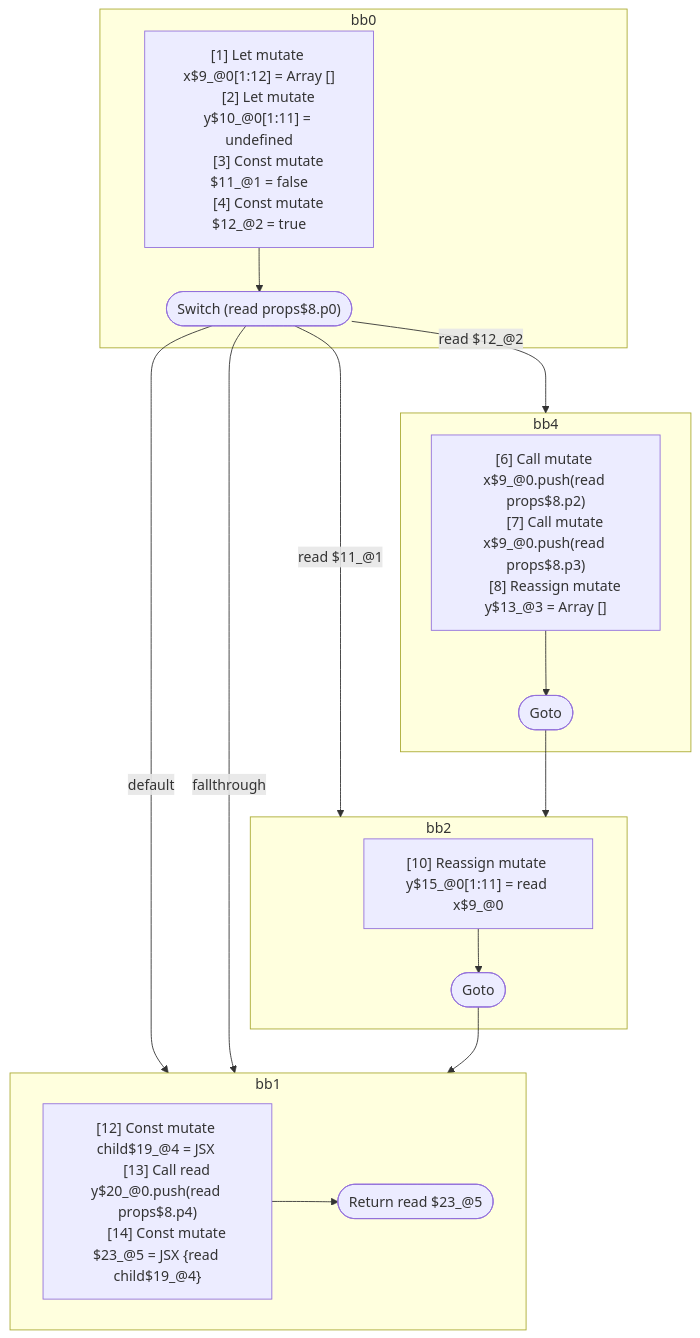
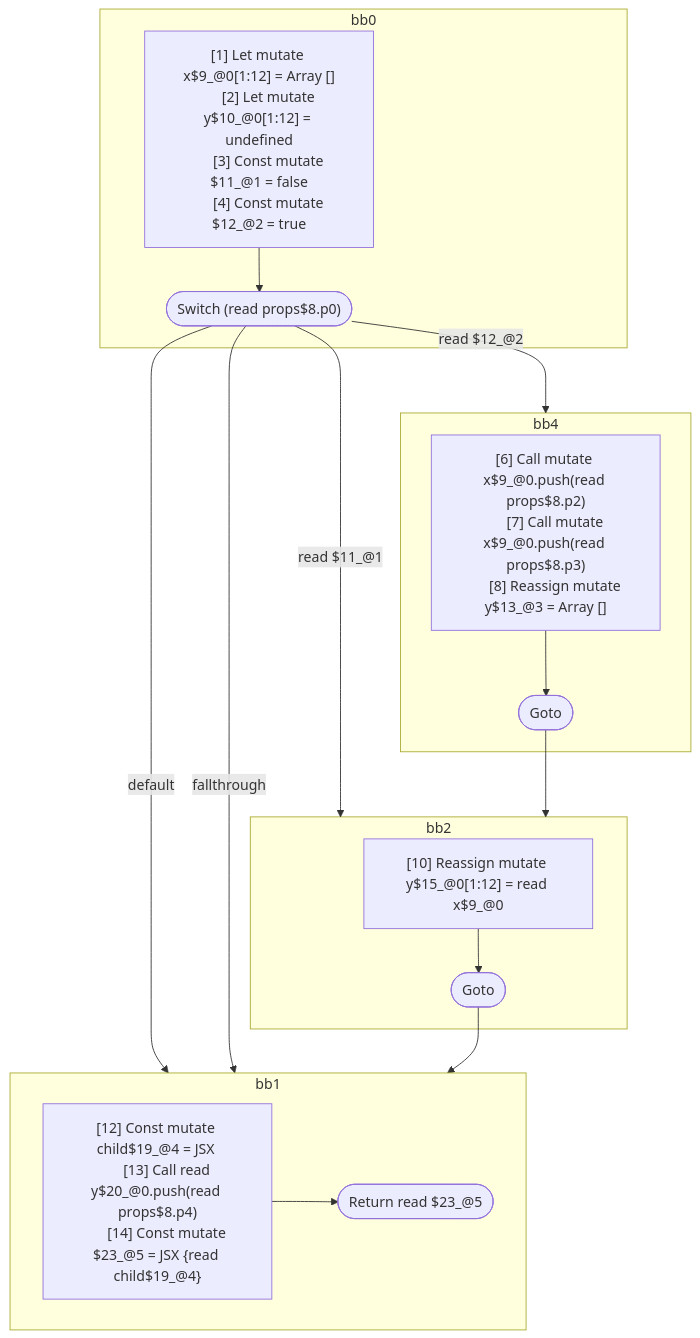
Before and after one commit to wutsmog/private: the diagram in compiler/forget/src/__tests__/fixtures/hir/switch.expect.md, drawn with Mermaid. The commit also changed other lines of this file and 30 other files, not shown here.

First line of the commit message:
Merge scopes that interleave or cross control-flow boundaries together

````diff
--- a/compiler/forget/src/__tests__/fixtures/hir/switch.expect.md
+++ b/compiler/forget/src/__tests__/fixtures/hir/switch.expect.md
@@ -60,44 +60,44 @@
 ```mermaid
 flowchart TB
   %% Basic Blocks
   subgraph bb0
     bb0_instrs["
       [1] Let mutate x$9_@0[1:12] = Array []
-      [2] Let mutate y$10_@0[1:11] = undefined
+      [2] Let mutate y$10_@0[1:12] = undefined
       [3] Const mutate $11_@1 = false
       [4] Const mutate $12_@2 = true
     "]
     bb0_instrs --> bb0_terminal(["Switch (read props$8.p0)"])
   end
   subgraph bb4
     bb4_instrs["
       [6] Call mutate x$9_@0.push(read props$8.p2)
       [7] Call mutate x$9_@0.push(read props$8.p3)
       [8] Reassign mutate y$13_@3 = Array []
     "]
     bb4_instrs --> bb4_terminal(["Goto"])
   end
   subgraph bb2
     bb2_instrs["
-      [10] Reassign mutate y$15_@0[1:11] = read x$9_@0
+      [10] Reassign mutate y$15_@0[1:12] = read x$9_@0
     "]
     bb2_instrs --> bb2_terminal(["Goto"])
   end
   subgraph bb1
     bb1_instrs["
       [12] Const mutate child$19_@4 = JSX <read Component$0 data={freeze x$9_@0} ></read Component$0>
       [13] Call read y$20_@0.push(read props$8.p4)
       [14] Const mutate $23_@5 = JSX <read Component$0 data={read y$20_@0} >{read child$19_@4}</read Component$0>
     "]
     bb1_instrs --> bb1_terminal(["Return read $23_@5"])
   end
 
   %% Jumps
   bb0_terminal -- "read $12_@2" --> bb4
   bb0_terminal -- "read $11_@1" --> bb2
   bb0_terminal -- "default" --> bb1
   bb0_terminal -- "fallthrough" --> bb1
   bb4_terminal --> bb2
   bb2_terminal --> bb1
 
 ```
````
